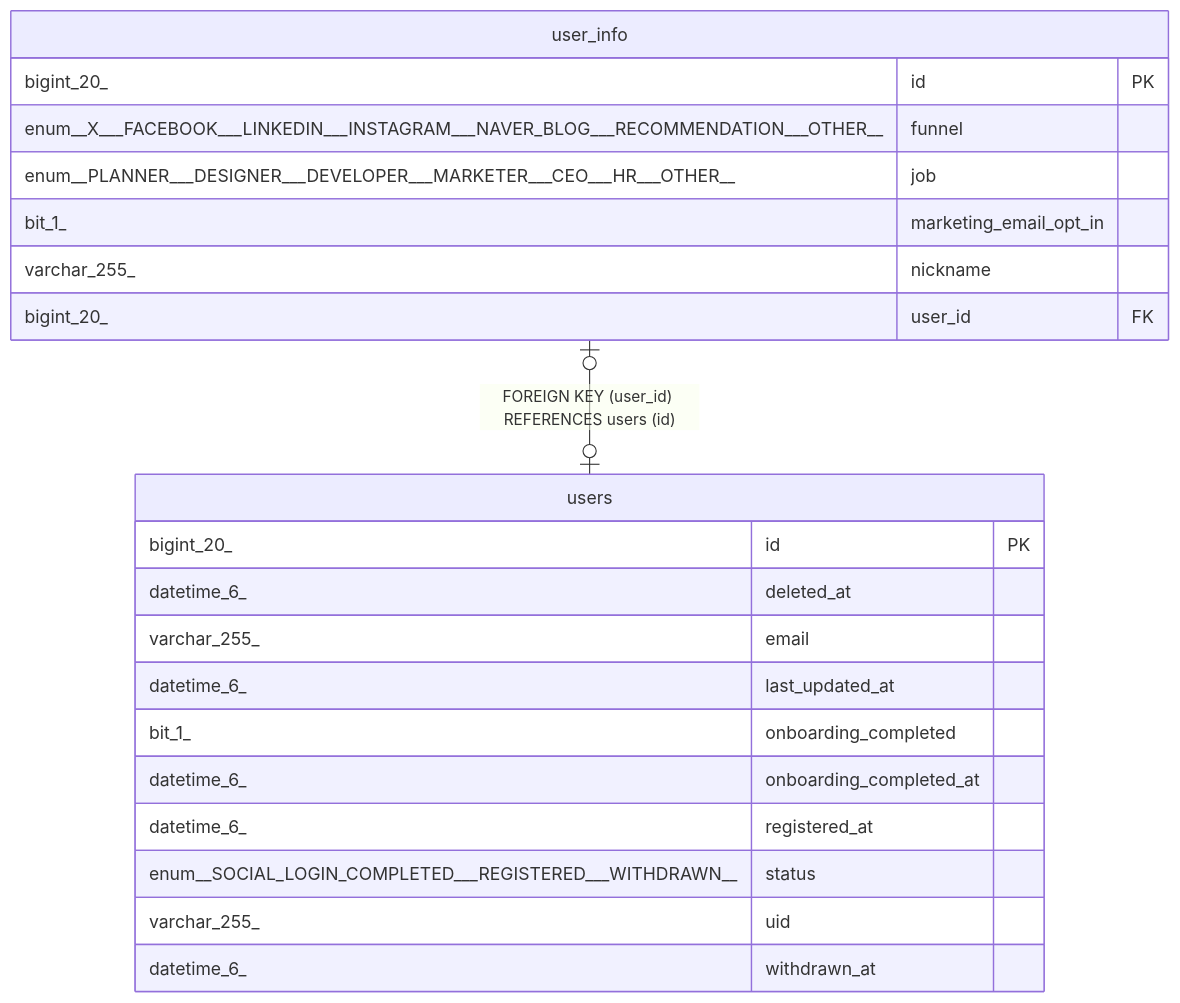
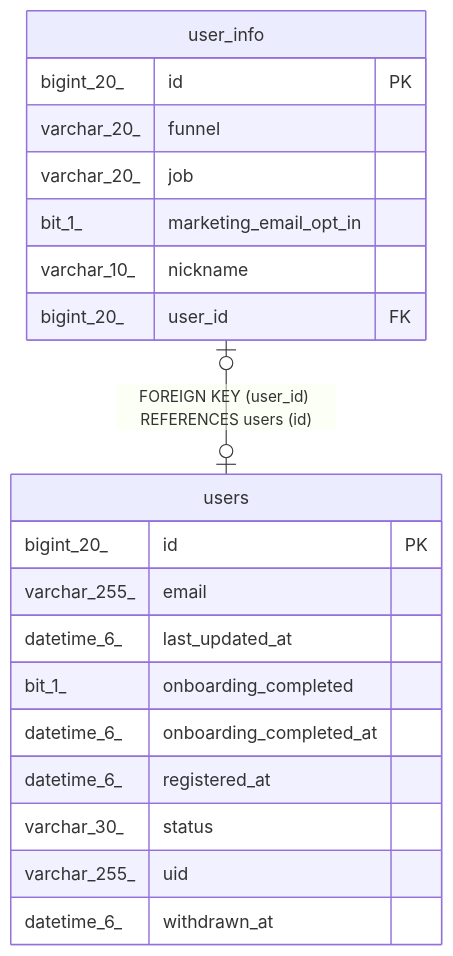
The diagram in docs/schema/user_info.md (makevook/vook-server), drawn with Mermaid before and after one commit. The commit also changed other lines of this file and 8 other files, not shown here.

Commit message:
docs: schema 업데이트

````diff
--- a/docs/schema/user_info.md
+++ b/docs/schema/user_info.md
@@ -52,26 +52,25 @@
 ```mermaid
 erDiagram
 
 "user_info" |o--o| "users" : "FOREIGN KEY (user_id) REFERENCES users (id)"
 
 "user_info" {
   bigint_20_ id PK
-  enum__X___FACEBOOK___LINKEDIN___INSTAGRAM___NAVER_BLOG___RECOMMENDATION___OTHER__ funnel
-  enum__PLANNER___DESIGNER___DEVELOPER___MARKETER___CEO___HR___OTHER__ job
+  varchar_20_ funnel
+  varchar_20_ job
   bit_1_ marketing_email_opt_in
-  varchar_255_ nickname
+  varchar_10_ nickname
   bigint_20_ user_id FK
 }
 "users" {
   bigint_20_ id PK
-  datetime_6_ deleted_at
   varchar_255_ email
   datetime_6_ last_updated_at
   bit_1_ onboarding_completed
   datetime_6_ onboarding_completed_at
   datetime_6_ registered_at
-  enum__SOCIAL_LOGIN_COMPLETED___REGISTERED___WITHDRAWN__ status
+  varchar_30_ status
   varchar_255_ uid
   datetime_6_ withdrawn_at
 }
 ```
````
